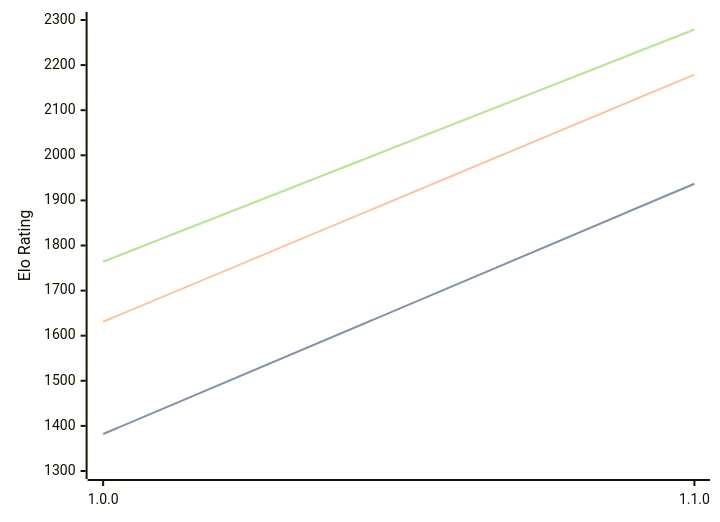
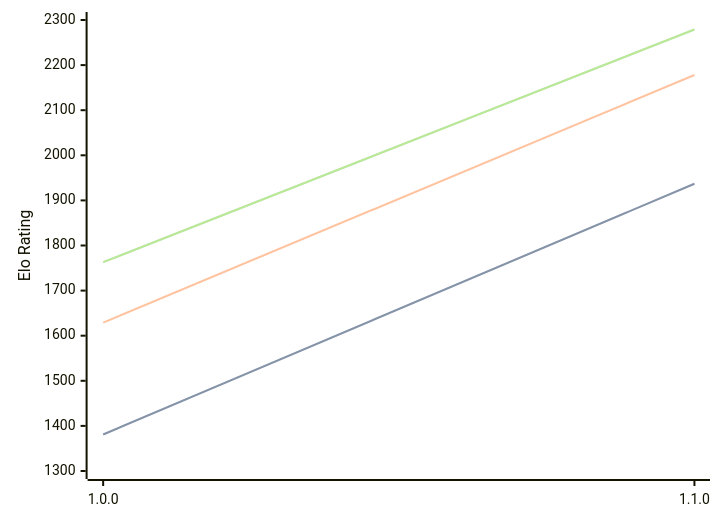
The diagram in engines/Akerbeltz.md (computer-chess-index/cci), drawn with Mermaid before and after one commit. The commit also changed other lines of this file, not shown here.

Commit message:
Update CCI Ratings (ELO VLTC) - 2026-06-07

````diff
--- a/engines/Akerbeltz.md
+++ b/engines/Akerbeltz.md
@@ -32,11 +32,11 @@
 ```mermaid
 %%{init: {"theme":"base","themeVariables":{"seriesColors:['#a3a3a3','#222221','#faa371']}}}%%
 xychart-beta
   x-axis ["1.0.0", "1.1.0"]
   y-axis "Elo Rating" 1300 --> 2300
-  line "STC (8.0+0.08s)" [1382, 1937]
-  line "STC (8.0+0.08s)" [1382, 1937]
-  line "LTC (60.0+0.60s)" [1631, 2179]
-  line "VLTC (2m24s+1.12s)" [1764, 2279]
-  line "VLTC (2m24s+1.12s)" [1764, 2279]
+  line "STC (8.0+0.08s)" [1381, 1937]
+  line "STC (8.0+0.08s)" [1381, 1937]
+  line "LTC (60.0+0.60s)" [1629, 2178]
+  line "VLTC (2m24s+1.12s)" [1763, 2279]
+  line "VLTC (2m24s+1.12s)" [1763, 2279]
 ```
````
